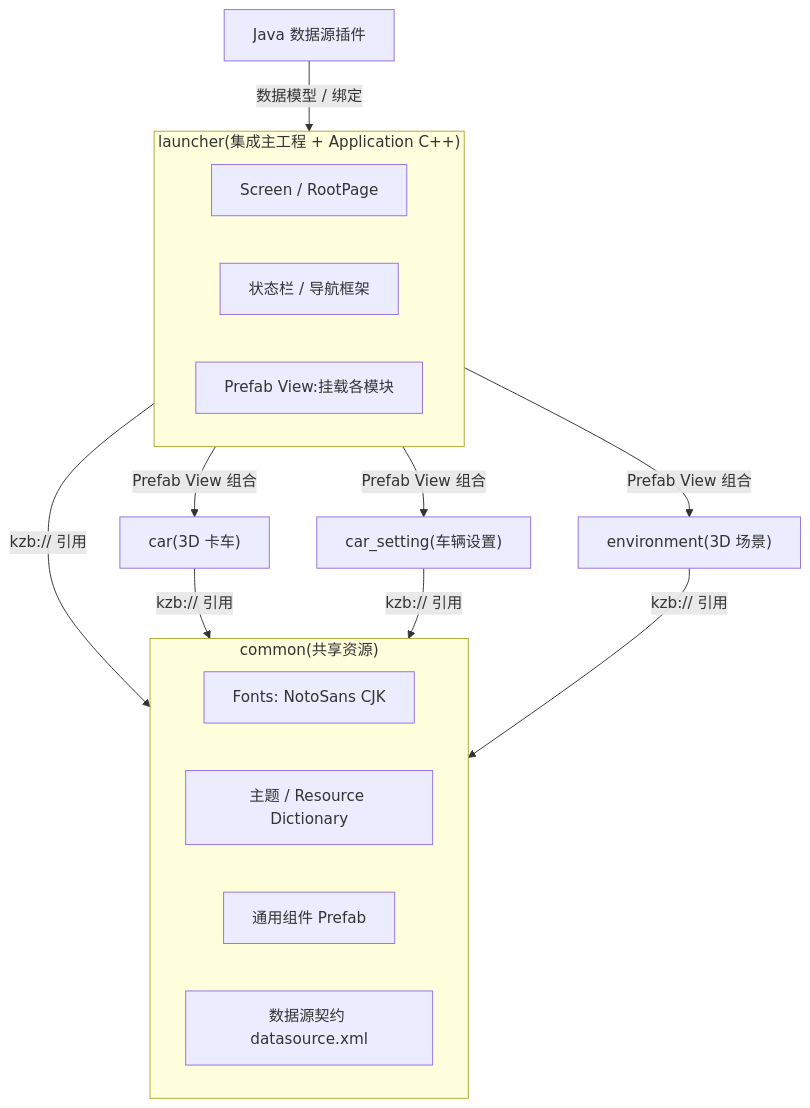
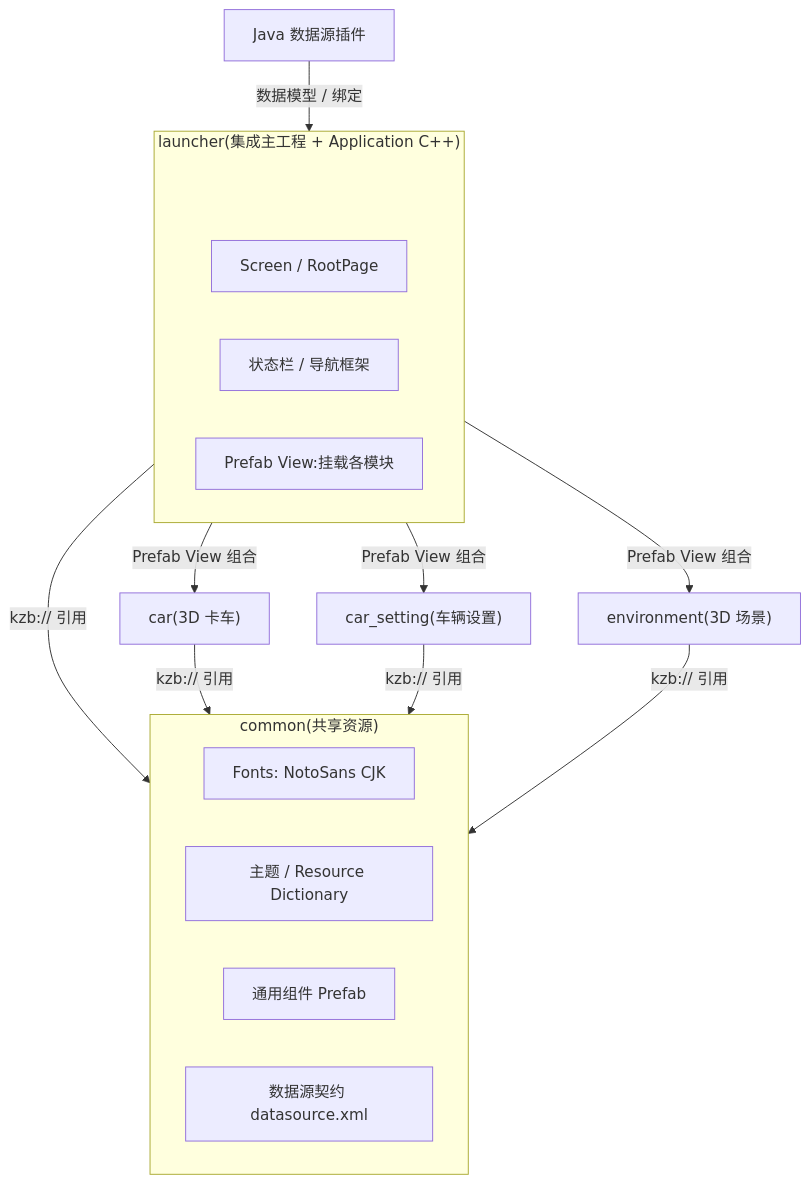
One commit to ganlong-2016/kanzi_project changed the first of 3 diagrams in docs/architecture.md. Above: the diagram before and after it, drawn with Mermaid. The commit also changed other lines of this file and 15 other files, not shown here.

````diff
--- a/docs/architecture.md
+++ b/docs/architecture.md
@@ -16,29 +16,31 @@
 ```mermaid
 flowchart TB
     subgraph common["common(共享资源)"]
         c1["Fonts: NotoSans CJK"]
         c2["主题 / Resource Dictionary"]
         c3["通用组件 Prefab"]
         c4["数据源契约 datasource.xml"]
     end
 
     subgraph launcher["launcher(集成主工程 + Application C++)"]
+        space[" "]
+        style space fill:none,stroke:none,color:#00000000
         l1["Screen / RootPage"]
         l2["状态栏 / 导航框架"]
         l3["Prefab View:挂载各模块"]
     end
 
     car["car(3D 卡车)"]
     car_setting["car_setting(车辆设置)"]
     environment["environment(3D 场景)"]
     plugin["Java 数据源插件"]
 
     launcher -->|kzb:// 引用| common
     car -->|kzb:// 引用| common
     car_setting -->|kzb:// 引用| common
     environment -->|kzb:// 引用| common
     launcher -->|Prefab View 组合| car
     launcher -->|Prefab View 组合| car_setting
     launcher -->|Prefab View 组合| environment
     plugin -->|数据模型 / 绑定| launcher
 ```
````
